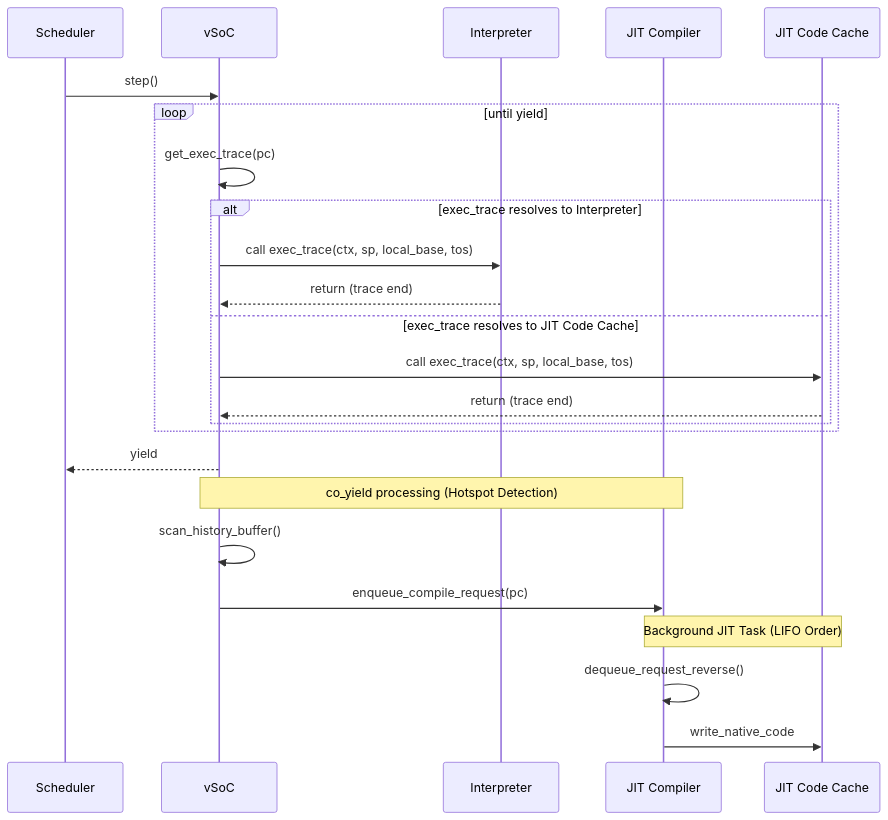
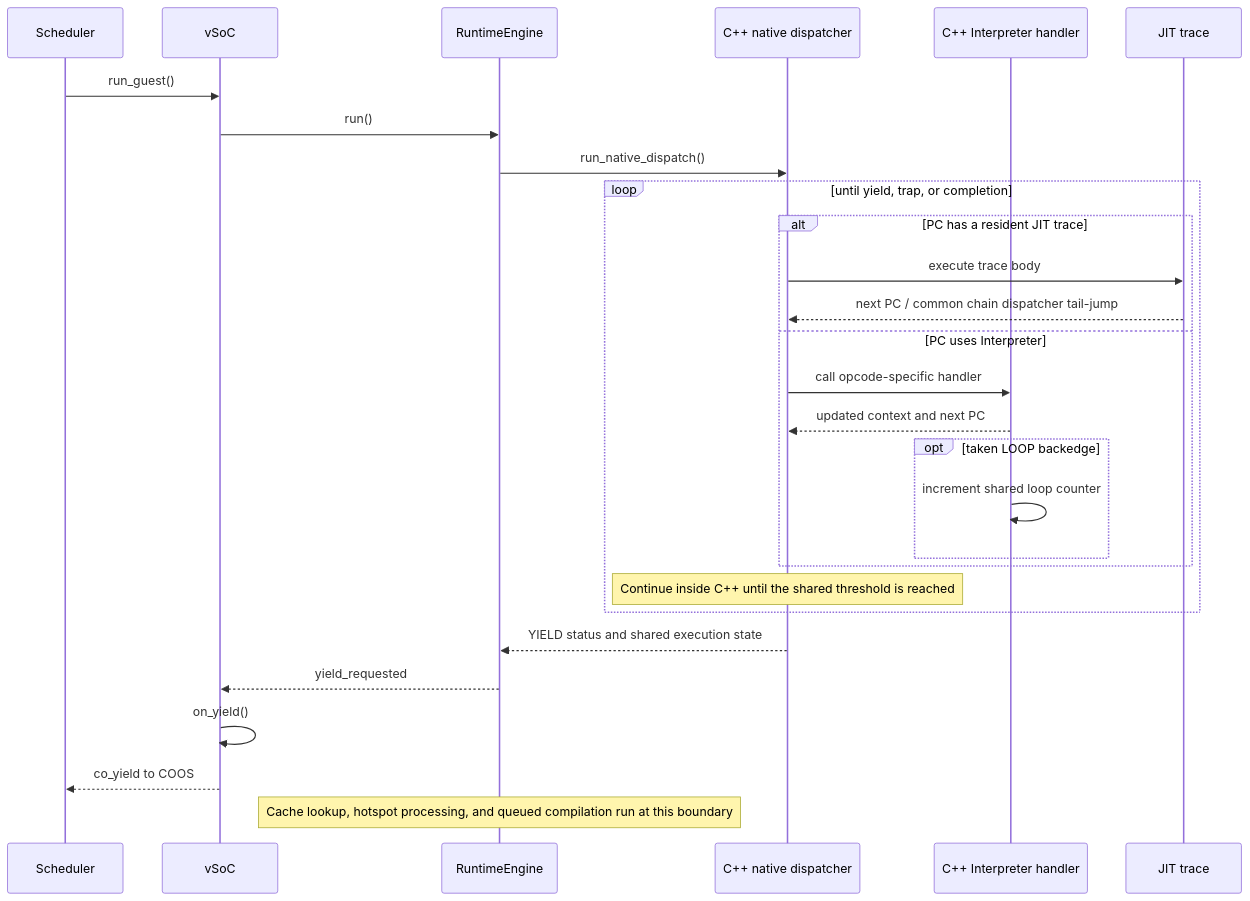
One commit to kmt-t/fireball changed the fifth of 6 diagrams in docs/components/tier2_runtime/runtime_vsoc.md. Above: the diagram before and after it, drawn with Mermaid. The commit also changed other lines of this file and 205 other files, not shown here.

````diff
--- a/docs/components/tier2_runtime/runtime_vsoc.md
+++ b/docs/components/tier2_runtime/runtime_vsoc.md
@@ -367,29 +365,32 @@
 ```mermaid
 sequenceDiagram
     participant S as Scheduler
     participant V as vSoC
-    participant I as Interpreter
-    participant J as JIT Compiler
-    participant C as JIT Code Cache
+    participant R as RuntimeEngine
+    participant D as C++ native dispatcher
+    participant I as C++ Interpreter handler
+    participant J as JIT trace
 
-    S->>V: step()
-    loop until yield
-        V->>V: get_exec_trace(pc)
-        alt exec_trace resolves to Interpreter
-            V->>I: call exec_trace(ctx, sp, local_base, tos)
-            I-->>V: return (trace end)
-        else exec_trace resolves to JIT Code Cache
-            V->>C: call exec_trace(ctx, sp, local_base, tos)
-            C-->>V: return (trace end)
+    S->>V: run_guest()
+    V->>R: run()
+    R->>D: run_native_dispatch()
+    loop until yield, trap, or completion
+        alt PC has a resident JIT trace
+            D->>J: execute trace body
+            J-->>D: next PC / common chain dispatcher tail-jump
+        else PC uses Interpreter
+            D->>I: call opcode-specific handler
+            I-->>D: updated context and next PC
+            opt taken LOOP backedge
+                I->>I: increment shared loop counter
+            end
         end
+        Note over D: Continue inside C++ until the shared threshold is reached
     end
-    V-->>S: yield
+    D-->>R: YIELD status and shared execution state
+    R-->>V: yield_requested
+    V->>V: on_yield()
+    V-->>S: co_yield to COOS
 
-    Note over V,J: co_yield processing (Hotspot Detection)
-    V->>V: scan_history_buffer()
-    V->>J: enqueue_compile_request(pc)
-
-    Note over J,C: Background JIT Task (LIFO Order)
-    J->>J: dequeue_request_reverse()
-    J->>C: write_native_code
+    Note over R: Cache lookup, hotspot processing, and queued compilation run at this boundary
 ```
````
